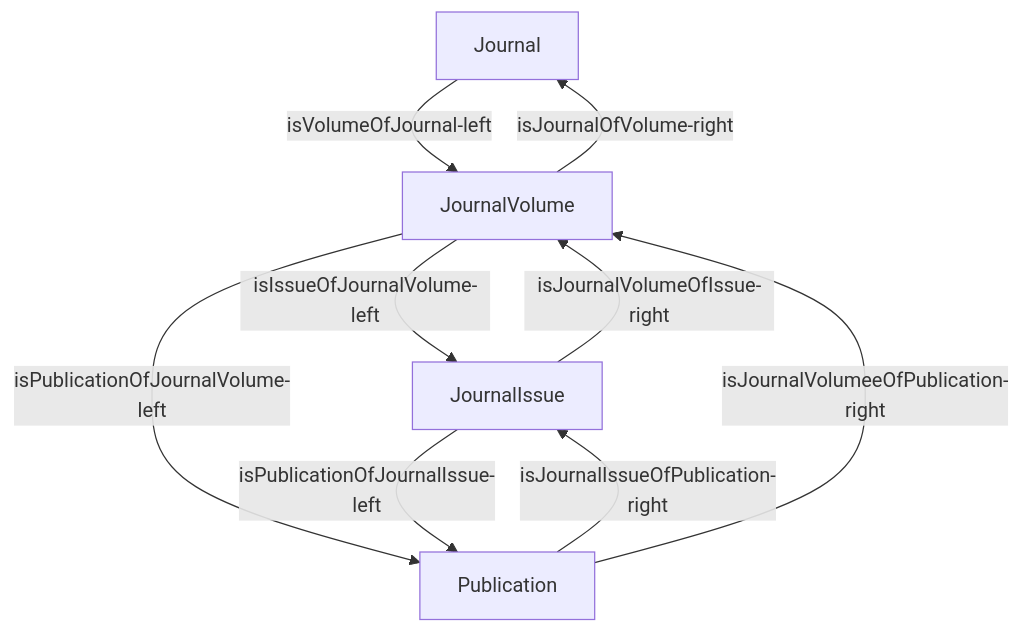
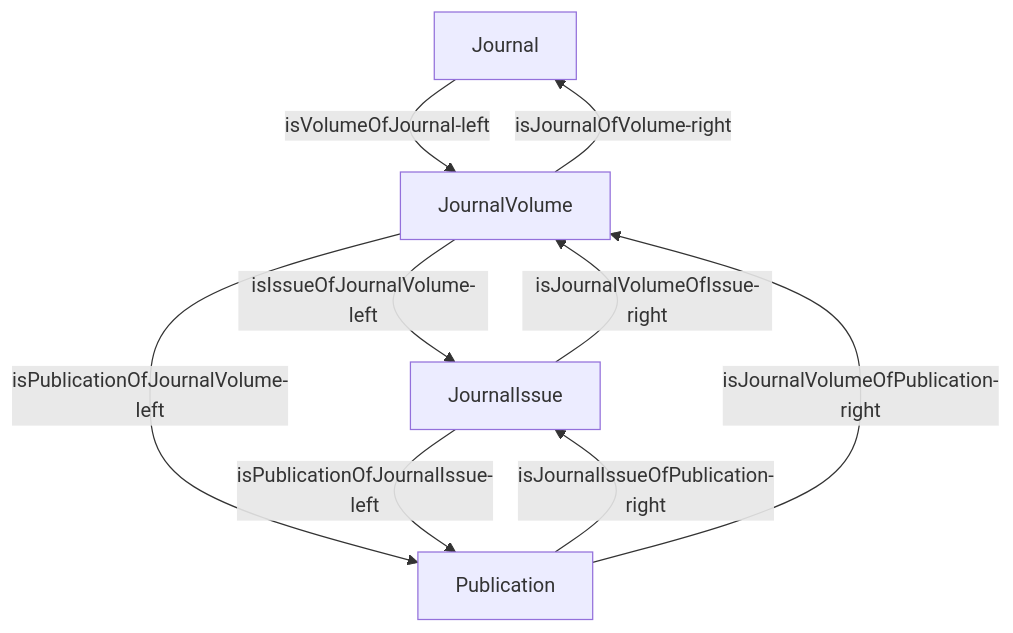
The second of 3 diagrams in docs/source/planning/dspace-entities.rst (tamulib-dc-labs/docs), drawn with Mermaid before and after one commit.

Commit message:
Fix misspelling.

```diff
--- a/docs/source/planning/dspace-entities.rst
+++ b/docs/source/planning/dspace-entities.rst
@@ -132,16 +132,16 @@
 .. mermaid::
 
     graph TD
         Journal[Journal]
         JournalVolume[JournalVolume]
         JournalIssue[JournalIssue]
         Publication[Publication]
 
         Journal -->|isVolumeOfJournal-left| JournalVolume
         JournalVolume -->|isJournalOfVolume-right| Journal
         JournalVolume -->|isIssueOfJournalVolume-left| JournalIssue
         JournalVolume -->|isPublicationOfJournalVolume-left| Publication
         JournalIssue -->|isJournalVolumeOfIssue-right|JournalVolume
         JournalIssue -->|isPublicationOfJournalIssue-left| Publication
         Publication -->|isJournalIssueOfPublication-right| JournalIssue
-        Publication -->|isJournalVolumeeOfPublication-right| JournalVolume
+        Publication -->|isJournalVolumeOfPublication-right| JournalVolume
```
